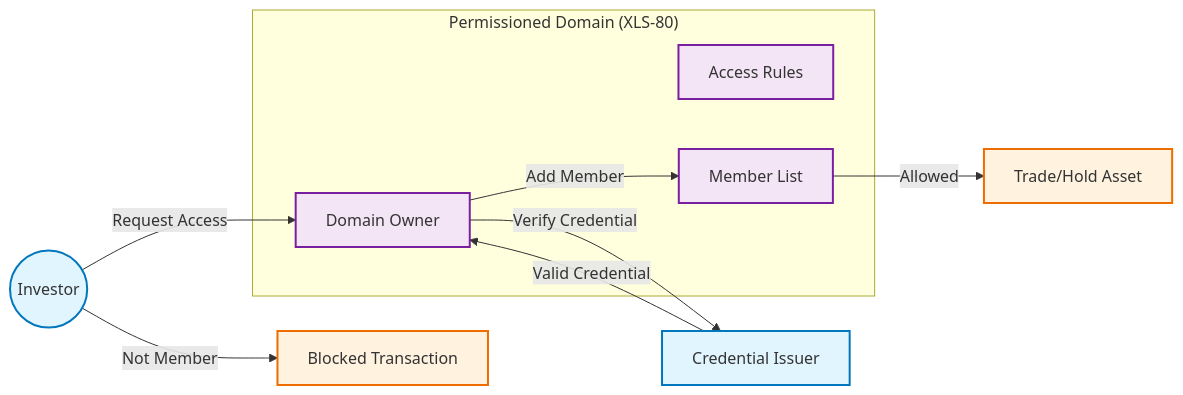
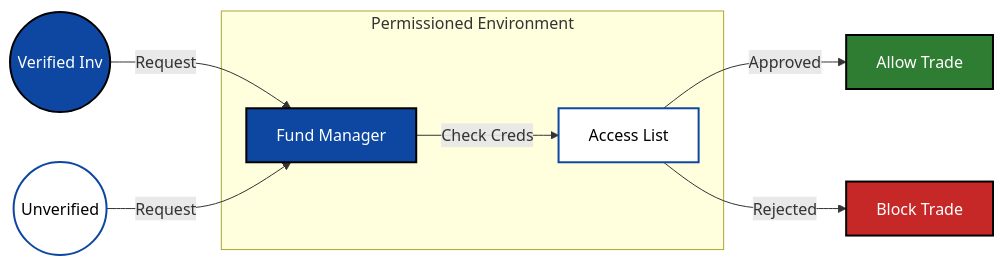
Before and after one commit to MrDecryptDecipher/xrpl-institutional-fund-management: the eighth of 17 diagrams in README.md, drawn with Mermaid. The commit also changed other lines of this file, not shown here.

Commit message:
docs: final polish of readme with high-contrast diagrams and fixes

````diff
--- a/README.md
+++ b/README.md
@@ -371,21 +320,21 @@
 ```mermaid
 graph LR
-    %% Styles
-    classDef domain fill:#f3e5f5,stroke:#7b1fa2,stroke-width:2px;
-    classDef actor fill:#e1f5fe,stroke:#0277bd,stroke-width:2px;
-    classDef action fill:#fff3e0,stroke:#ef6c00,stroke-width:2px;
+    %% Theme: Institutional
+    classDef primary fill:#0D47A1,stroke:#000,stroke-width:2px,color:#fff;
+    classDef secondary fill:#fff,stroke:#0D47A1,stroke-width:2px,color:#000;
+    classDef action fill:#2E7D32,stroke:#000,stroke-width:2px,color:#fff;
+    classDef block fill:#C62828,stroke:#000,stroke-width:2px,color:#fff;
 
-    subgraph "Permissioned Domain (XLS-80)"
-        Owner[Domain Owner]:::domain
-        Rules[Access Rules]:::domain
-        Members[Member List]:::domain
+    subgraph "Permissioned Environment"
+        Manager[Fund Manager]:::primary
+        Whitelist[Access List]:::secondary
     end
 
-    Investor((Investor)):::actor -->|Request Access| Owner
-    Owner -->|Verify Credential| Issuer[Credential Issuer]:::actor
-    Issuer -->|Valid Credential| Owner
-    Owner -->|Add Member| Members
+    Inv1((Verified Inv)):::primary -->|Request| Manager
+    Inv2((Unverified)):::secondary -->|Request| Manager
+
+    Manager -->|Check Creds| Whitelist
     
-    Members -->|Allowed| Trade[Trade/Hold Asset]:::action
-    Investor -->|Not Member| Block[Blocked Transaction]:::action
+    Whitelist -->|Approved| Trade[Allow Trade]:::action
+    Whitelist -->|Rejected| Block[Block Trade]:::block
 ```
````
